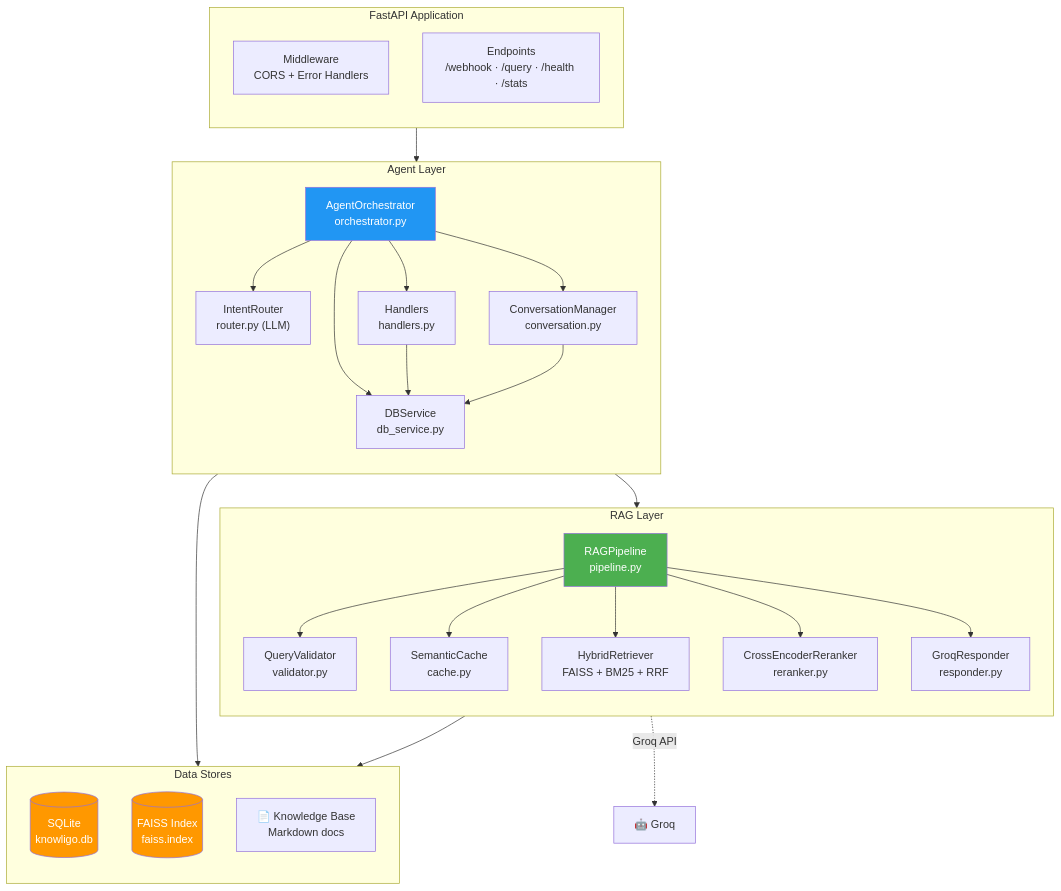
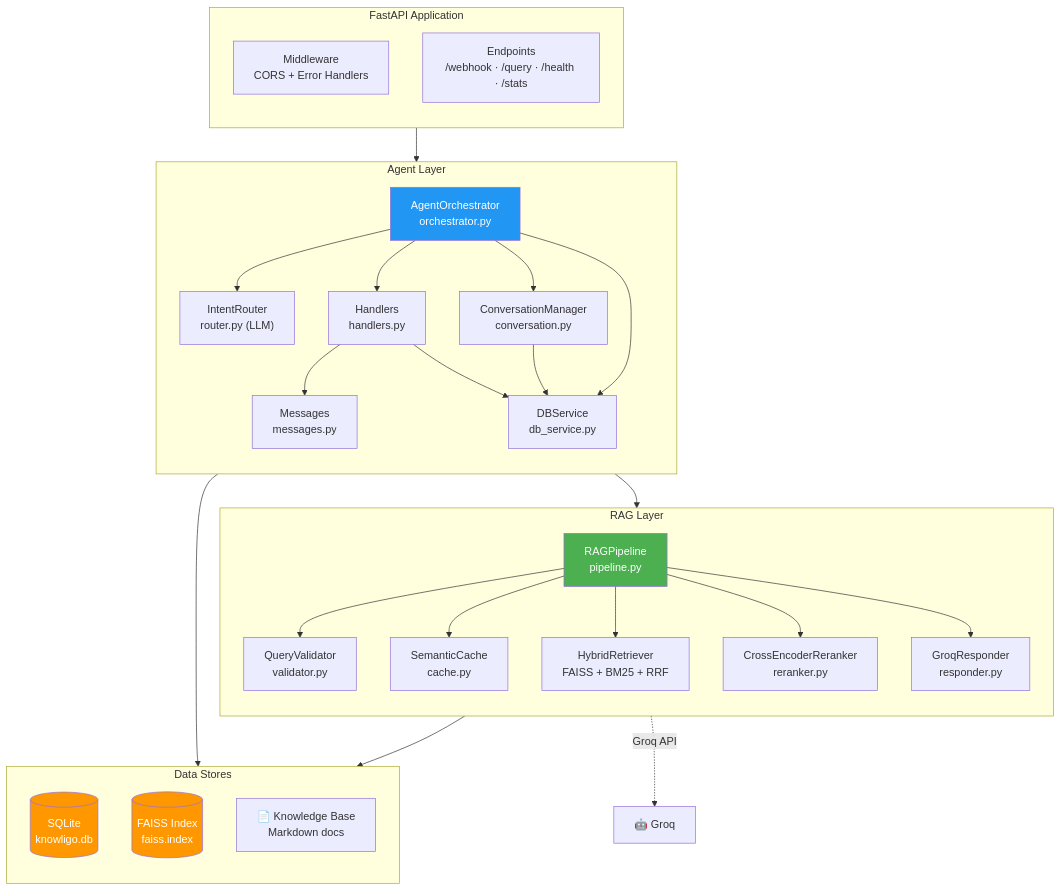
Before and after one commit to titesen/knowligo: the second of 6 diagrams in docs/diagrams/architecture.md, drawn with Mermaid. The commit also changed other lines of this file and 16 other files, not shown here.

````diff
--- a/docs/diagrams/architecture.md
+++ b/docs/diagrams/architecture.md
@@ -32,56 +32,58 @@
 ```mermaid
 graph TB
     subgraph "FastAPI Application"
         direction TB
         MW["Middleware<br>CORS + Error Handlers"]
         EP["Endpoints<br>/webhook · /query · /health · /stats"]
     end
 
     subgraph "Agent Layer"
         direction TB
         ORC["AgentOrchestrator<br>orchestrator.py"]
         RTR["IntentRouter<br>router.py (LLM)"]
         HND["Handlers<br>handlers.py"]
+        MSG["Messages<br>messages.py"]
         CNV["ConversationManager<br>conversation.py"]
         DBS["DBService<br>db_service.py"]
     end
 
     subgraph "RAG Layer"
         direction TB
         PIP["RAGPipeline<br>pipeline.py"]
         VAL["QueryValidator<br>validator.py"]
         RET["HybridRetriever<br>FAISS + BM25 + RRF"]
         RRK["CrossEncoderReranker<br>reranker.py"]
         CAC["SemanticCache<br>cache.py"]
         RSP["GroqResponder<br>responder.py"]
     end
 
     subgraph "Data Stores"
         direction TB
         DB[("SQLite<br>knowligo.db")]
         IDX[("FAISS Index<br>faiss.index")]
         KNW["📄 Knowledge Base<br>Markdown docs"]
     end
 
     EP --> ORC
     ORC --> RTR
     ORC --> HND
+    HND --> MSG
     ORC --> CNV
     ORC --> DBS
     ORC --> PIP
     HND --> DBS
     CNV --> DBS
     DBS --> DB
     PIP --> VAL
     PIP --> CAC
     PIP --> RET
     PIP --> RRK
     PIP --> RSP
     RET --> IDX
     RSP -.->|Groq API| Groq["🤖 Groq"]
 
     style ORC fill:#2196F3,color:#fff
     style PIP fill:#4CAF50,color:#fff
     style DB fill:#FF9800,color:#fff
     style IDX fill:#FF9800,color:#fff
 ```
````
